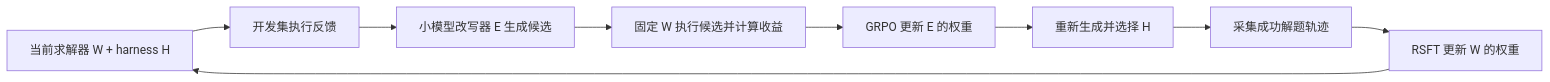
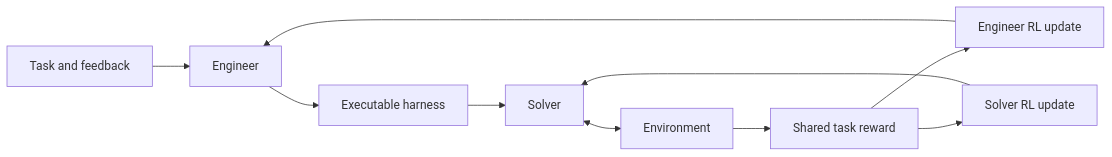
One commit to xudongwu-0/coevolve changed the diagram in README.md. Above: the diagram before and after it, drawn with Mermaid. The commit also changed other lines of this file and 5 other files, not shown here.

````diff
--- a/README.md
+++ b/README.md
@@ -725,11 +32,12 @@
 ```mermaid
 flowchart LR
-    WH[当前求解器 W + harness H] --> D[开发集执行反馈]
-    D --> E[小模型改写器 E 生成候选]
-    E --> R[固定 W 执行候选并计算收益]
-    R --> EU[GRPO 更新 E 的权重]
-    EU --> H[重新生成并选择 H]
-    H --> T[采集成功解题轨迹]
-    T --> WU[RSFT 更新 W 的权重]
-    WU --> WH
+    T[Task and feedback] --> E[Engineer]
+    E --> H[Executable harness]
+    H --> S[Solver]
+    S <--> ENV[Environment]
+    ENV --> R[Shared task reward]
+    R --> ER[Engineer RL update]
+    R --> SR[Solver RL update]
+    ER --> E
+    SR --> S
 ```
````
